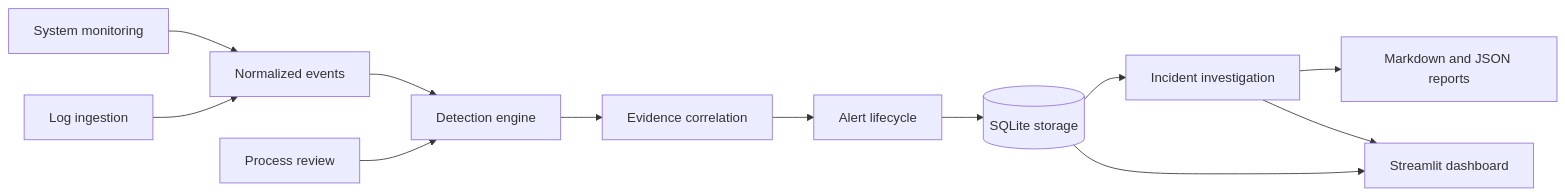
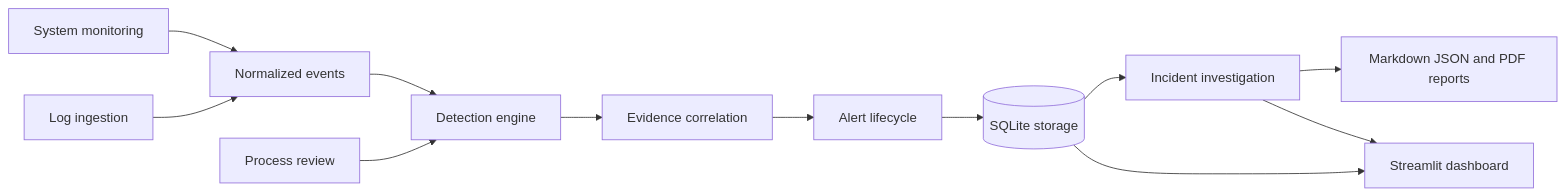
Before and after one commit to 04nidhi992/AI-powered-soc-toolkit: the diagram in README.md, drawn with Mermaid. The commit also changed other lines of this file and 22 other files, not shown here.

````diff
--- a/README.md
+++ b/README.md
@@ -7,14 +7,14 @@
 ```mermaid
 flowchart LR
   M[System monitoring] --> N[Normalized events]
   L[Log ingestion] --> N
   P[Process review] --> D[Detection engine]
   N --> D
   D --> C[Evidence correlation]
   C --> A[Alert lifecycle]
   A --> S[(SQLite storage)]
   S --> I[Incident investigation]
-  I --> R[Markdown and JSON reports]
+  I --> R[Markdown JSON and PDF reports]
   S --> U[Streamlit dashboard]
   I --> U
 ```
````
